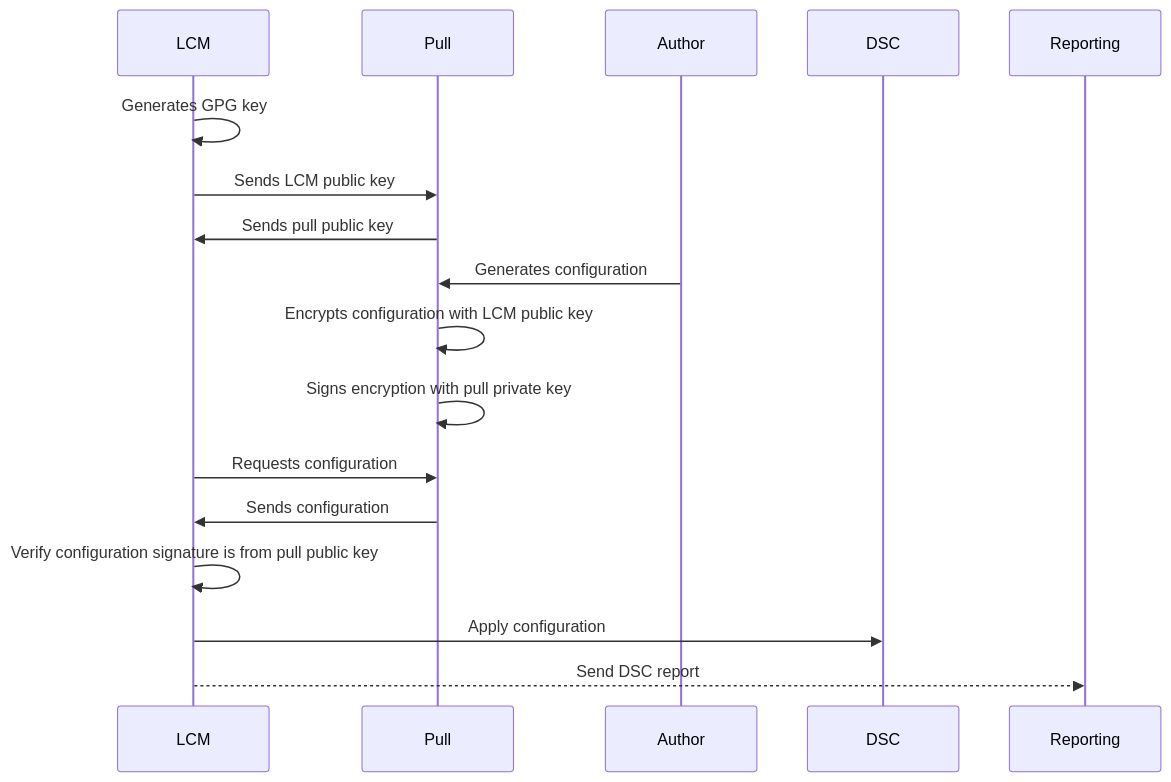
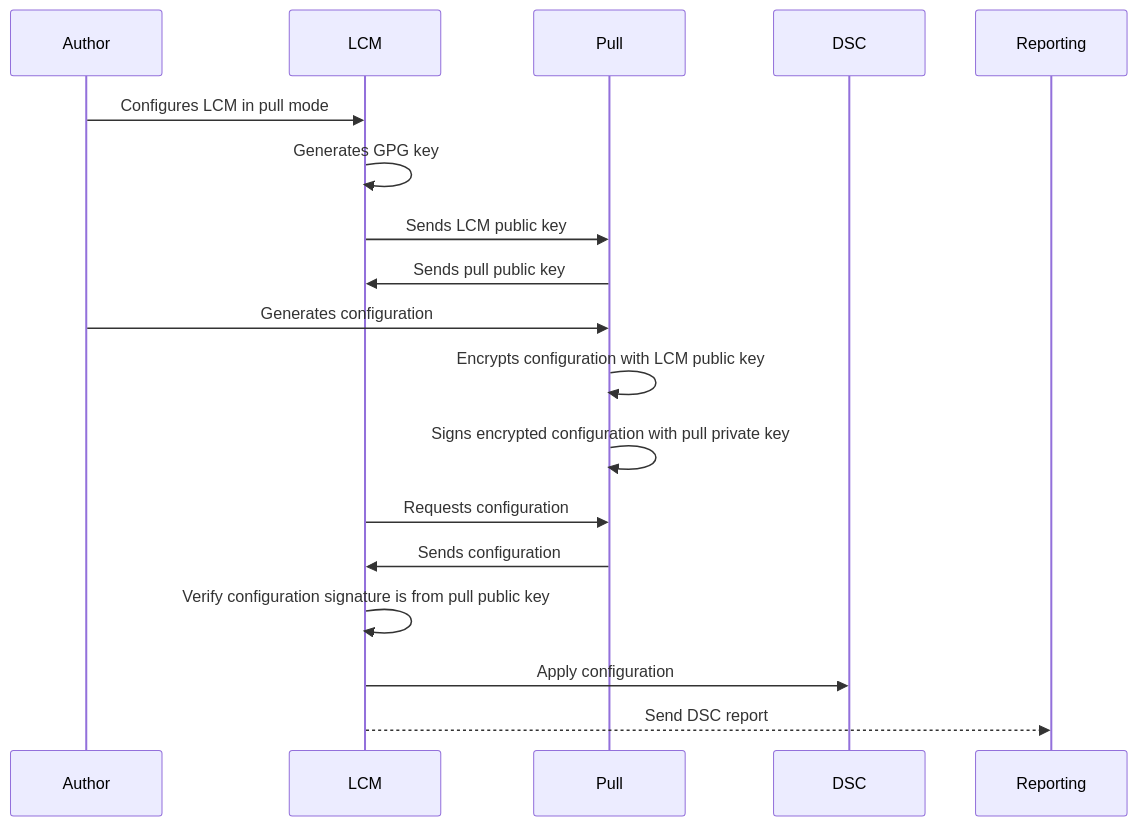
One commit to opendsc/opendsc changed the fourth of 4 diagrams in README.md. Above: the diagram before and after it, drawn with Mermaid.

````diff
--- a/README.md
+++ b/README.md
@@ -70,14 +70,15 @@
 ```mermaid
 sequenceDiagram
+    Author->>LCM: Configures LCM in pull mode
     LCM->>LCM: Generates GPG key
     LCM->>Pull: Sends LCM public key
     Pull->>LCM: Sends pull public key
     Author->>Pull: Generates configuration
     Pull->>Pull: Encrypts configuration with LCM public key
-    Pull->>Pull: Signs encryption with pull private key
+    Pull->>Pull: Signs encrypted configuration with pull private key
     LCM->>Pull: Requests configuration
     Pull->>LCM: Sends configuration
     LCM->>LCM: Verify configuration signature is from pull public key
     LCM->>DSC: Apply configuration
     LCM-->>Reporting: Send DSC report
 ```
````
